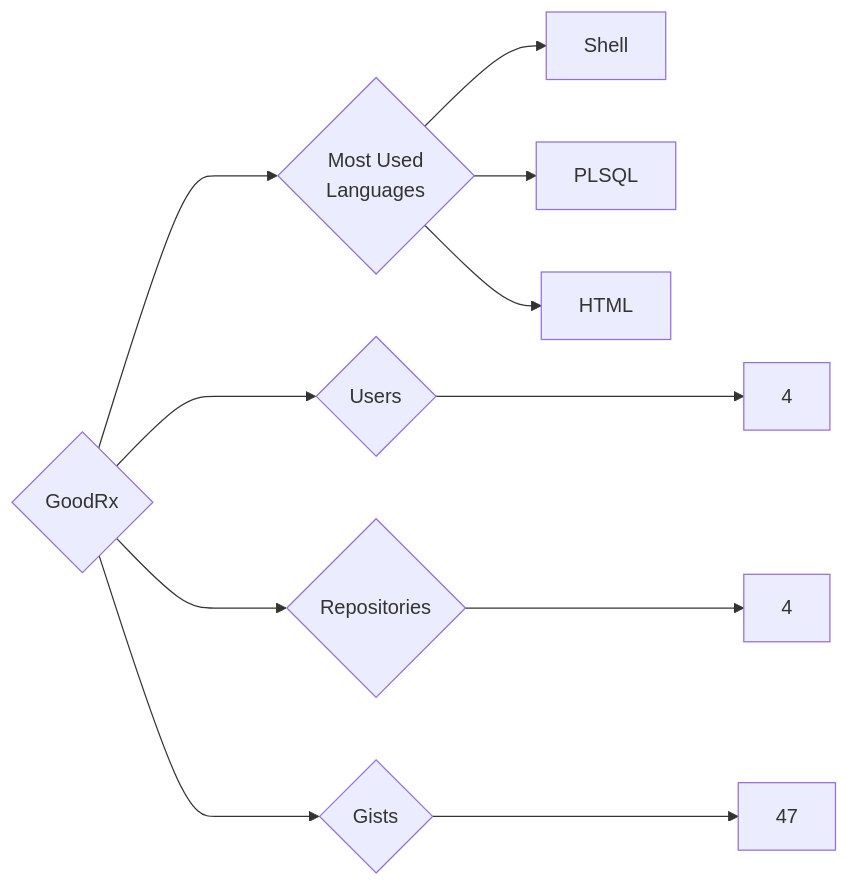
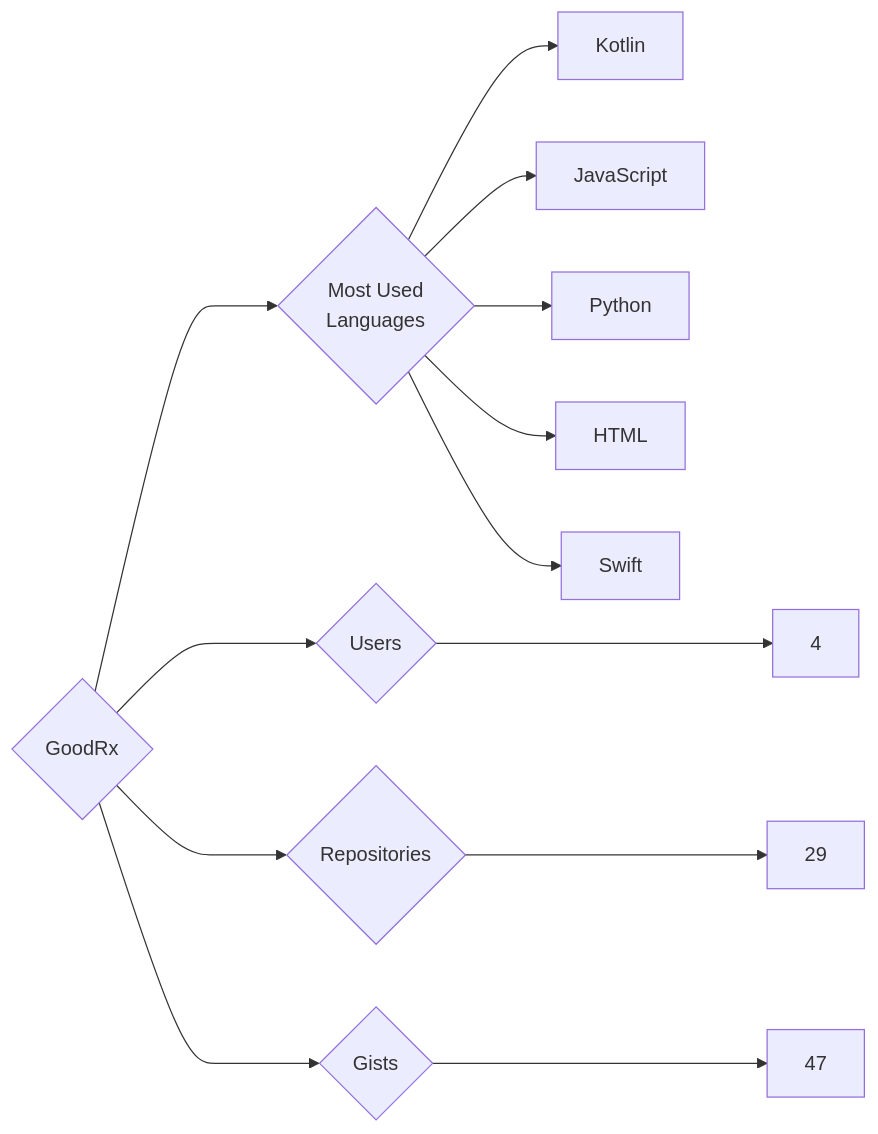
One commit to trickest/insiders changed the diagram in targets/GoodRx/README.md. Above: the diagram before and after it, drawn with Mermaid. The commit also changed 938 other files, not shown here.

````diff
--- a/targets/GoodRx/README.md
+++ b/targets/GoodRx/README.md
@@ -3,11 +3,13 @@
 ```mermaid
 graph LR
 COMPANY_NAME{GoodRx}
 COMPANY_NAME ---> U{Users} ---> UN[4]
-COMPANY_NAME ---> R{Repositories} ---> RN[4]
+COMPANY_NAME ---> R{Repositories} ---> RN[29]
 COMPANY_NAME ---> G{Gists} ---> GN[47]
 COMPANY_NAME ---> ML{Most Used<br>Languages}
-ML --> Shell[Shell]
-ML --> PLSQL[PLSQL]
+ML --> Kotlin[Kotlin]
+ML --> JavaScript[JavaScript]
+ML --> Python[Python]
 ML --> HTML[HTML]
+ML --> Swift[Swift]
 ```
````
